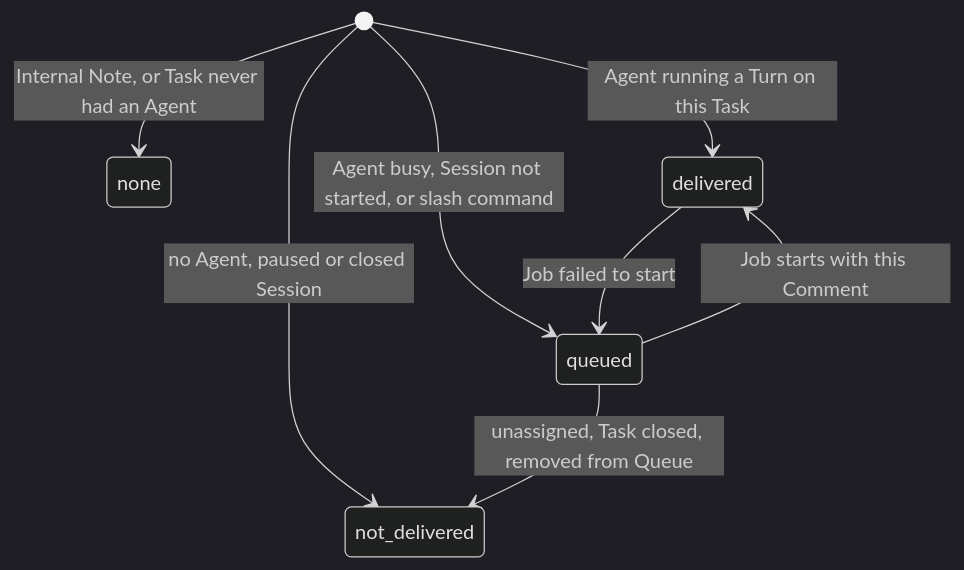
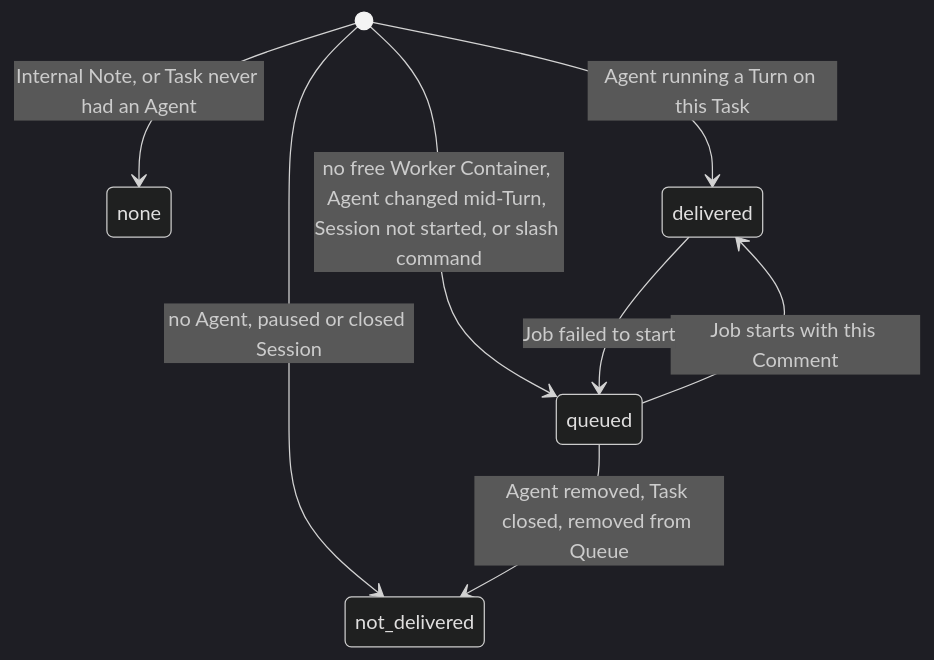
One commit to mceck/claude-task changed the second of 3 diagrams in docs/specs/conversation.md. Above: the diagram before and after it, drawn with Mermaid (dark theme). The commit also changed other lines of this file and 95 other files, not shown here.

````diff
--- a/docs/specs/conversation.md
+++ b/docs/specs/conversation.md
@@ -174,10 +174,10 @@
 ```mermaid
 stateDiagram-v2
   [*] --> none: Internal Note, or Task never had an Agent
   [*] --> delivered: Agent running a Turn on this Task
-  [*] --> queued: Agent busy, Session not started, or slash command
+  [*] --> queued: no free Worker Container, Agent changed mid-Turn, Session not started, or slash command
   [*] --> not_delivered: no Agent, paused or closed Session
   queued --> delivered: Job starts with this Comment
-  queued --> not_delivered: unassigned, Task closed, removed from Queue
+  queued --> not_delivered: Agent removed, Task closed, removed from Queue
   delivered --> queued: Job failed to start
 ```
````
